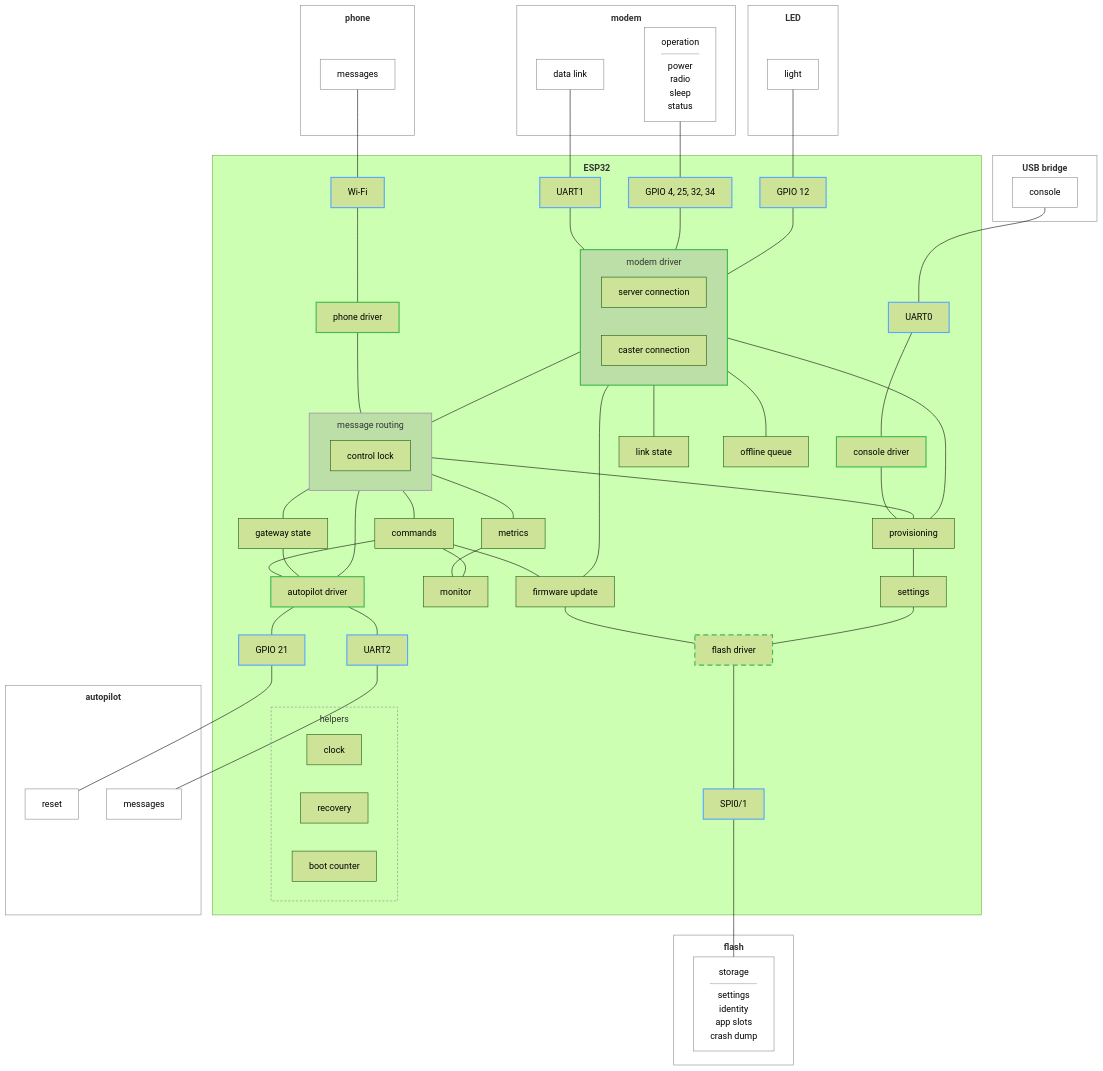
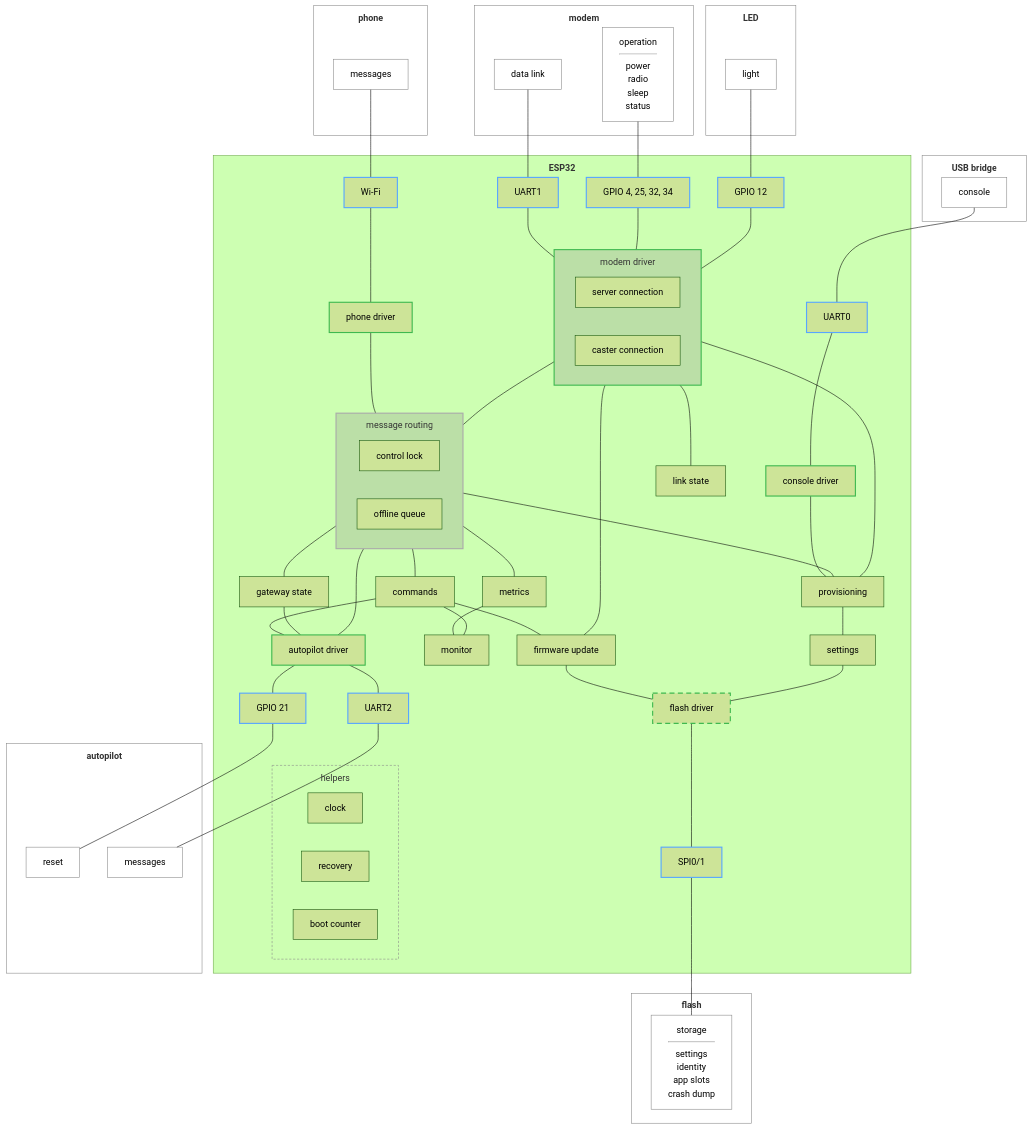
The diagram in .esp-architecture/diagrams/block-draft.md (rmx-lt/rmx-mower-gateway), drawn with Mermaid (forest theme) before and after one commit.

Commit message:
Draft: offline queue inside message routing

```diff
--- a/.esp-architecture/diagrams/block-draft.md
+++ b/.esp-architecture/diagrams/block-draft.md
@@ -39,6 +39,7 @@
     con["console driver"]
     subgraph msg["message routing"]
       lock["control lock"]
+      q["offline queue"]
     end
     prov["provisioning"]
     cmd["commands"]
@@ -52,7 +53,6 @@
       rec["recovery"]
       boot["boot counter"]
     end
-    q["offline queue"]
     bl["autopilot driver"]
     set["settings"]
     fs["flash driver"]
@@ -86,7 +86,6 @@
   cmd --- upd
   conn --- prov
   prov --- set
-  conn --- q
   cmd --- bl
   state --- bl
   upd --- fs
```
